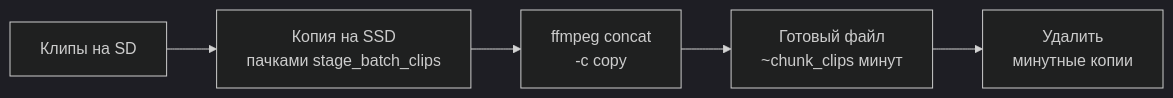
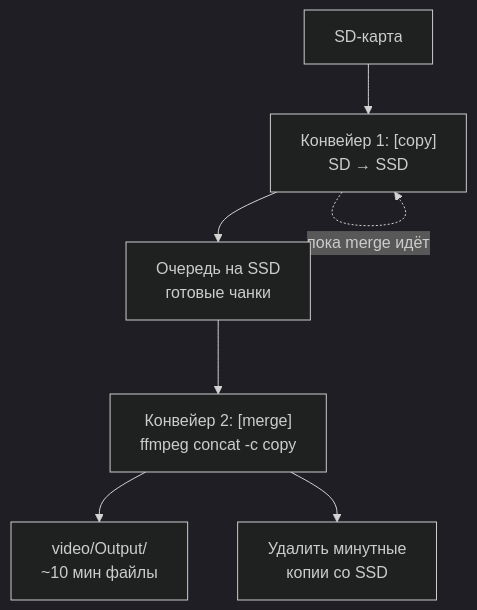
One commit to cuthbertnogood/70mai-project changed the second of 3 diagrams in README.md. Above: the diagram before and after it, drawn with Mermaid (dark theme). The commit also changed other lines of this file and 2 other files, not shown here.

````diff
--- a/README.md
+++ b/README.md
@@ -31,7 +29,9 @@
 ```mermaid
-flowchart LR
-  A["Клипы на SD"] --> B["Копия на SSD<br/>пачками stage_batch_clips"]
-  B --> C["ffmpeg concat<br/>-c copy"]
-  C --> D["Готовый файл<br/>~chunk_clips минут"]
-  D --> E["Удалить<br/>минутные копии"]
+flowchart TB
+  SD["SD-карта"] --> COPY["Конвейер 1: [copy]<br/>SD → SSD"]
+  COPY --> Q["Очередь на SSD<br/>готовые чанки"]
+  Q --> MERGE["Конвейер 2: [merge]<br/>ffmpeg concat -c copy"]
+  MERGE --> OUT["video/Output/<br/>~10 мин файлы"]
+  MERGE --> DEL["Удалить минутные<br/>копии со SSD"]
+  COPY -.->|пока merge идёт| COPY
 ```
````
